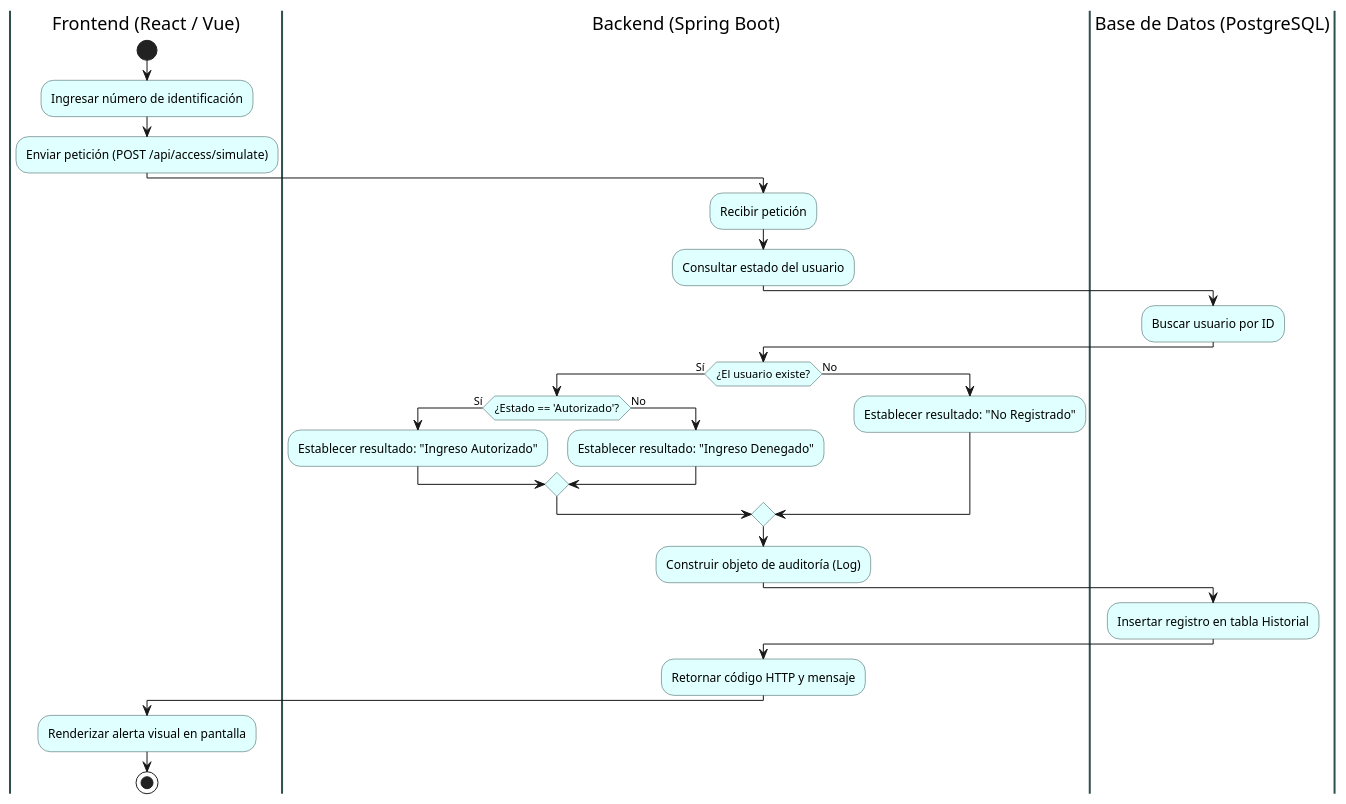
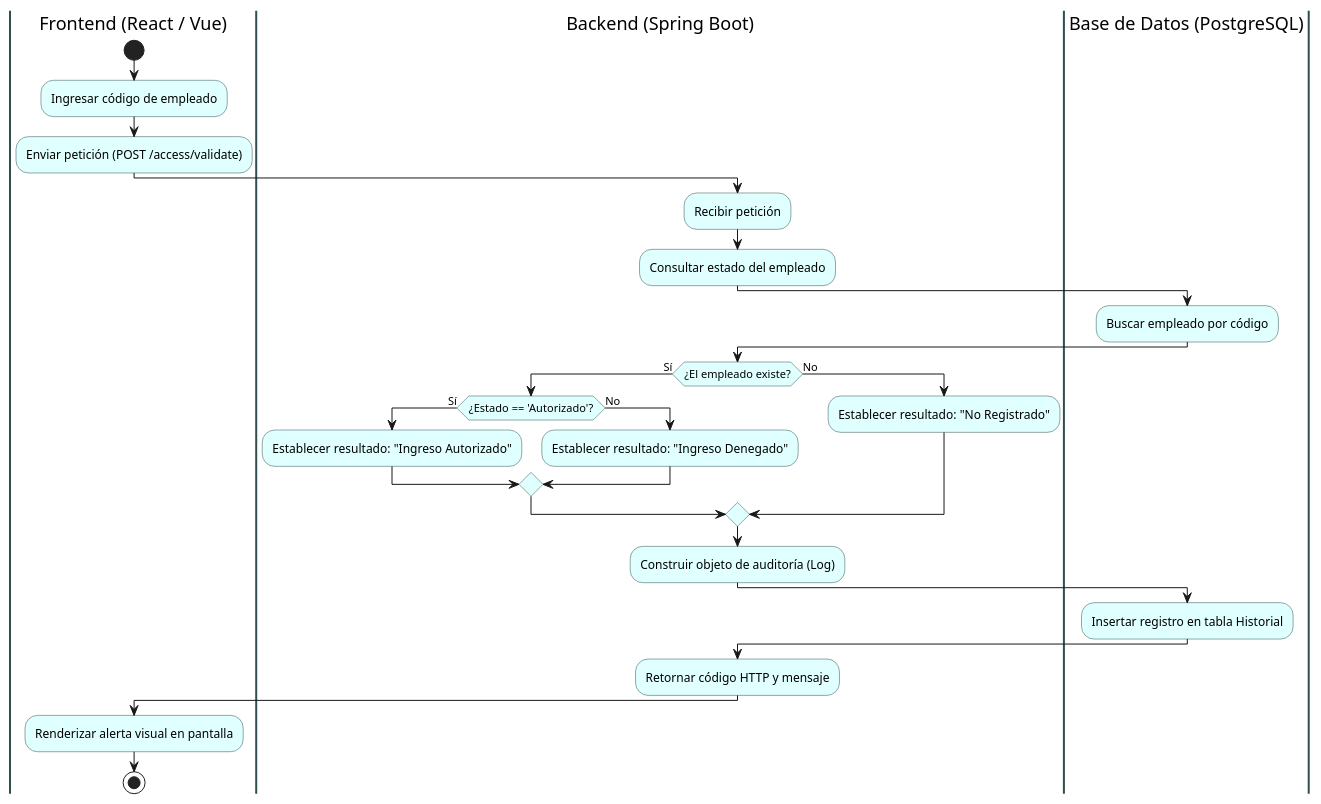
Before and after one commit to ElianMMCode/Zone-Control: the diagram in docs/diagramas/diagrama_actividades.puml, drawn with PlantUML. The commit also changed 13 other files, not shown here.

```diff
--- a/docs/diagramas/diagrama_actividades.puml
+++ b/docs/diagramas/diagrama_actividades.puml
@@ -1,45 +1,45 @@
 @startuml
 skinparam activity {
   BackgroundColor LightCyan
   BorderColor DarkSlateGray
 }
 skinparam swimlane {
   BorderColor DarkSlateGray
   BorderThickness 2
 }
 
 |Frontend (React / Vue)|
 start
-:Ingresar número de identificación;
-:Enviar petición (POST /api/access/simulate);
+:Ingresar código de empleado;
+:Enviar petición (POST /access/validate);
 
 |Backend (Spring Boot)|
 :Recibir petición;
-:Consultar estado del usuario;
+:Consultar estado del empleado;
 
 |Base de Datos (PostgreSQL)|
-:Buscar usuario por ID;
+:Buscar empleado por código;
 
 |Backend (Spring Boot)|
-if (¿El usuario existe?) then (Sí)
+if (¿El empleado existe?) then (Sí)
   if (¿Estado == 'Autorizado'?) then (Sí)
     :Establecer resultado: "Ingreso Autorizado";
   else (No)
     :Establecer resultado: "Ingreso Denegado";
   endif
 else (No)
   :Establecer resultado: "No Registrado";
 endif
 
 :Construir objeto de auditoría (Log);
 
 |Base de Datos (PostgreSQL)|
 :Insertar registro en tabla Historial;
 
 |Backend (Spring Boot)|
 :Retornar código HTTP y mensaje;
 
 |Frontend (React / Vue)|
 :Renderizar alerta visual en pantalla;
 stop
 @enduml
```
